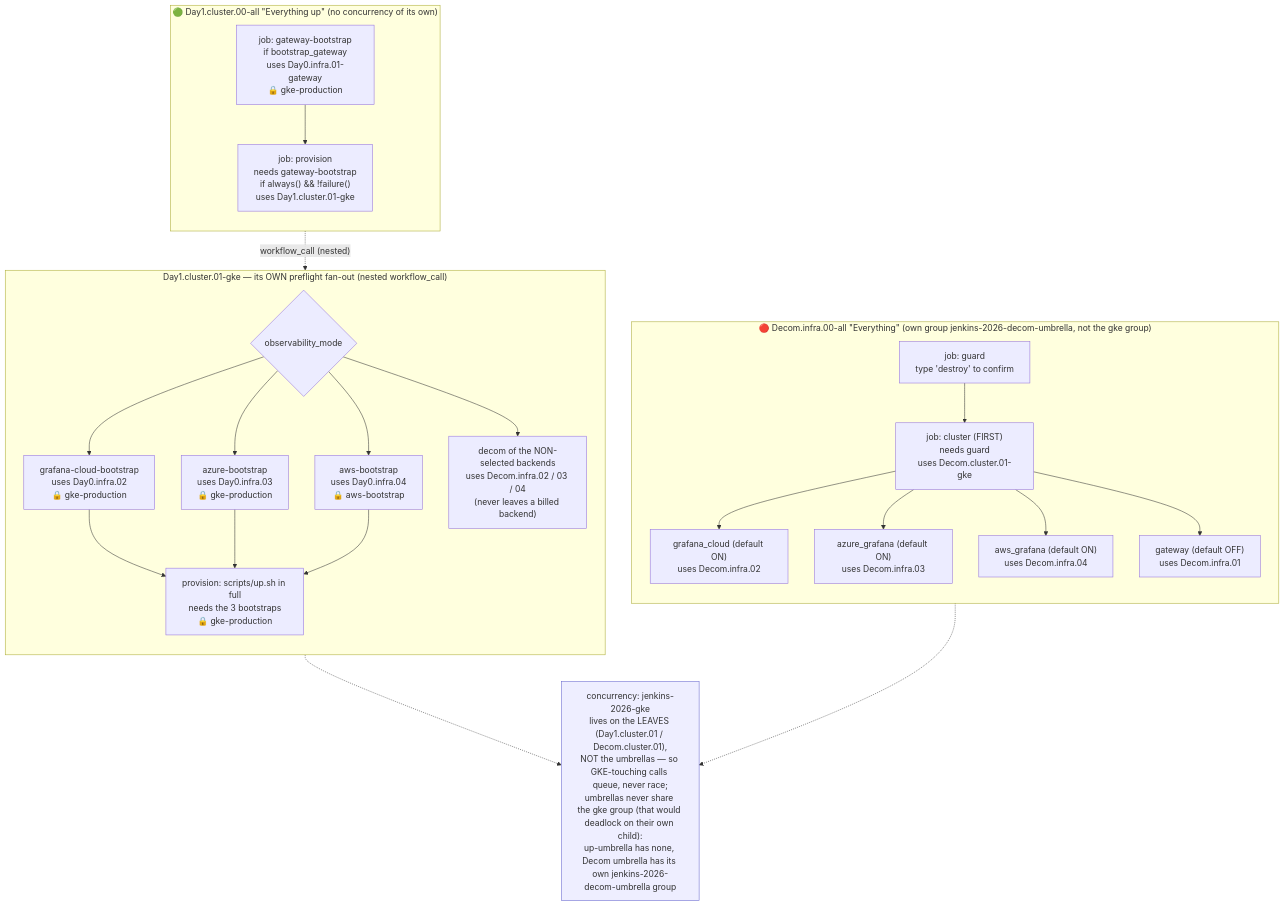
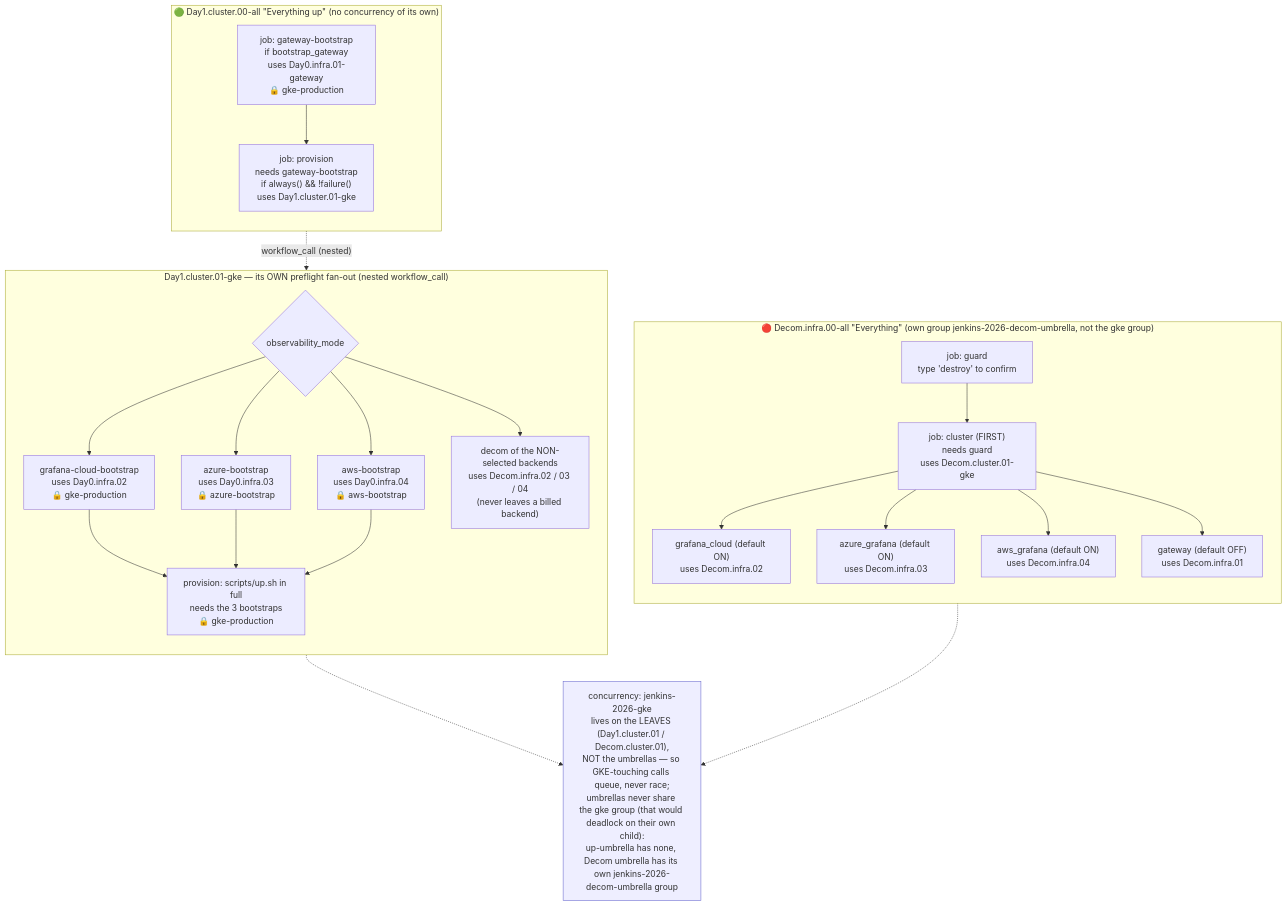
The second of 10 diagrams in docs/101-GITHUB_ACTIONS_WORKFLOWS.md (nubenetes/jenkins-2026), drawn with Mermaid before and after one commit. The commit also changed other lines of this file and 11 other files, not shown here.

First line of the commit message:
feat(azure): split the Azure OIDC identity into bootstrap + publish apps (#576)

````diff
--- a/docs/101-GITHUB_ACTIONS_WORKFLOWS.md
+++ b/docs/101-GITHUB_ACTIONS_WORKFLOWS.md
@@ -174,45 +175,45 @@
 ```mermaid
 flowchart TD
     subgraph UP["🟢 Day1.cluster.00-all &quot;Everything up&quot; (no concurrency of its own)"]
         direction TB
         u_gw["job: gateway-bootstrap<br/>if bootstrap_gateway<br/>uses Day0.infra.01-gateway<br/>🔒 gke-production"]
         u_prov["job: provision<br/>needs gateway-bootstrap<br/>if always() &amp;&amp; !failure()<br/>uses Day1.cluster.01-gke"]
         u_gw --> u_prov
     end
 
     subgraph NEST["Day1.cluster.01-gke — its OWN preflight fan-out (nested workflow_call)"]
         direction TB
         n_pick{"observability_mode"}
         n_gc["grafana-cloud-bootstrap<br/>uses Day0.infra.02<br/>🔒 gke-production"]
-        n_az["azure-bootstrap<br/>uses Day0.infra.03<br/>🔒 gke-production"]
+        n_az["azure-bootstrap<br/>uses Day0.infra.03<br/>🔒 azure-bootstrap"]
         n_aws["aws-bootstrap<br/>uses Day0.infra.04<br/>🔒 aws-bootstrap"]
         n_dc["decom of the NON-selected backends<br/>uses Decom.infra.02 / 03 / 04<br/>(never leaves a billed backend)"]
         n_prov["provision: scripts/up.sh in full<br/>needs the 3 bootstraps<br/>🔒 gke-production"]
         n_pick --> n_gc --> n_prov
         n_pick --> n_az --> n_prov
         n_pick --> n_aws --> n_prov
         n_pick --> n_dc
     end
     u_prov -. "workflow_call (nested)" .-> NEST
 
     subgraph DOWN["🔴 Decom.infra.00-all &quot;Everything&quot; (own group jenkins-2026-decom-umbrella, not the gke group)"]
         direction TB
         d_guard["job: guard<br/>type 'destroy' to confirm"]
         d_cl["job: cluster (FIRST)<br/>needs guard<br/>uses Decom.cluster.01-gke"]
         d_gc["grafana_cloud (default ON)<br/>uses Decom.infra.02"]
         d_az["azure_grafana (default ON)<br/>uses Decom.infra.03"]
         d_aws["aws_grafana (default ON)<br/>uses Decom.infra.04"]
         d_gwy["gateway (default OFF)<br/>uses Decom.infra.01"]
         d_guard --> d_cl
         d_cl --> d_gc
         d_cl --> d_az
         d_cl --> d_aws
         d_cl --> d_gwy
     end
 
     serial["concurrency: jenkins-2026-gke<br/>lives on the LEAVES (Day1.cluster.01 / Decom.cluster.01),<br/>NOT the umbrellas — so GKE-touching calls queue, never race;<br/>umbrellas never share the gke group (that would deadlock on their own child):<br/>up-umbrella has none, Decom umbrella has its own jenkins-2026-decom-umbrella group"]:::note
     NEST -.-> serial
     d_cl -.-> serial
 
     classDef note fill:#eef,stroke:#66c;
 ```
````
